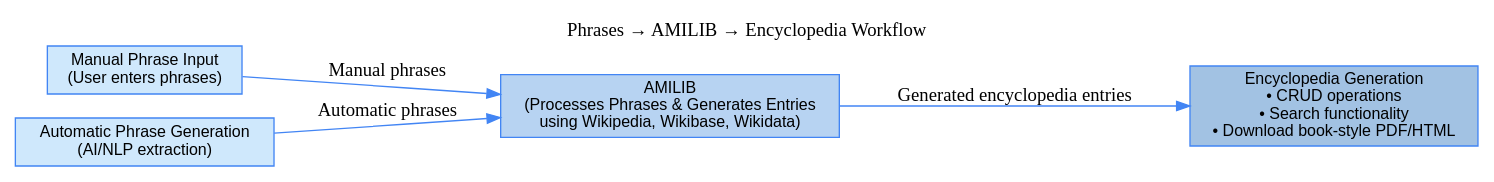
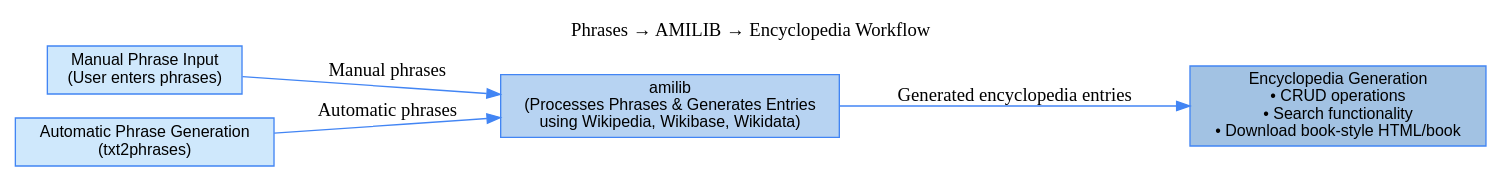
One commit to semanticClimate/encyclopedia changed the diagram in workflow/enclyopedia.dot. Above: the diagram before and after it, drawn with Graphviz. The commit also changed 17 other files, not shown here.

```diff
--- a/workflow/enclyopedia.dot
+++ b/workflow/enclyopedia.dot
@@ -1,25 +1,25 @@
 digraph EncyclopediaWorkflow {
 
     rankdir=LR;
     bgcolor="white";
     node [shape=rectangle, style=filled, fillcolor="#EAF3FC", fontname="Helvetica", fontsize=12, color="#4285F4"];
 
     // Input Nodes
     Manual [label="Manual Phrase Input\n(User enters phrases)", shape=rectangle, fillcolor="#CFE8FC"];
-    Automatic [label="Automatic Phrase Generation\n(AI/NLP extraction)", shape=rectangle, fillcolor="#CFE8FC"];
+    Automatic [label="Automatic Phrase Generation\n(txt2phrases)", shape=rectangle, fillcolor="#CFE8FC"];
 
     // Processing Node
-    AMILIB [label="AMILIB\n(Processes Phrases & Generates Entries\nusing Wikipedia, Wikibase, Wikidata)", shape=rectangle, fillcolor="#B7D3F2"];
+    AMILIB [label="amilib\n(Processes Phrases & Generates Entries\nusing Wikipedia, Wikibase, Wikidata)", shape=rectangle, fillcolor="#B7D3F2"];
 
     // Output Node
-    Encyclopedia [label="Encyclopedia Generation\n• CRUD operations\n• Search functionality\n• Download book-style PDF/HTML", shape=rectangle, fillcolor="#A2C2E3"];
+    Encyclopedia [label="Encyclopedia Generation\n• CRUD operations\n• Search functionality\n• Download book-style HTML/book", shape=rectangle, fillcolor="#A2C2E3"];
 
     // Edges
     Manual -> AMILIB [label="Manual phrases", color="#4285F4"];
     Automatic -> AMILIB [label="Automatic phrases", color="#4285F4"];
     AMILIB -> Encyclopedia [label="Generated encyclopedia entries", color="#4285F4"];
 
     // Title
     labelloc="t";
     label="Phrases → AMILIB → Encyclopedia Workflow";
 }
```
